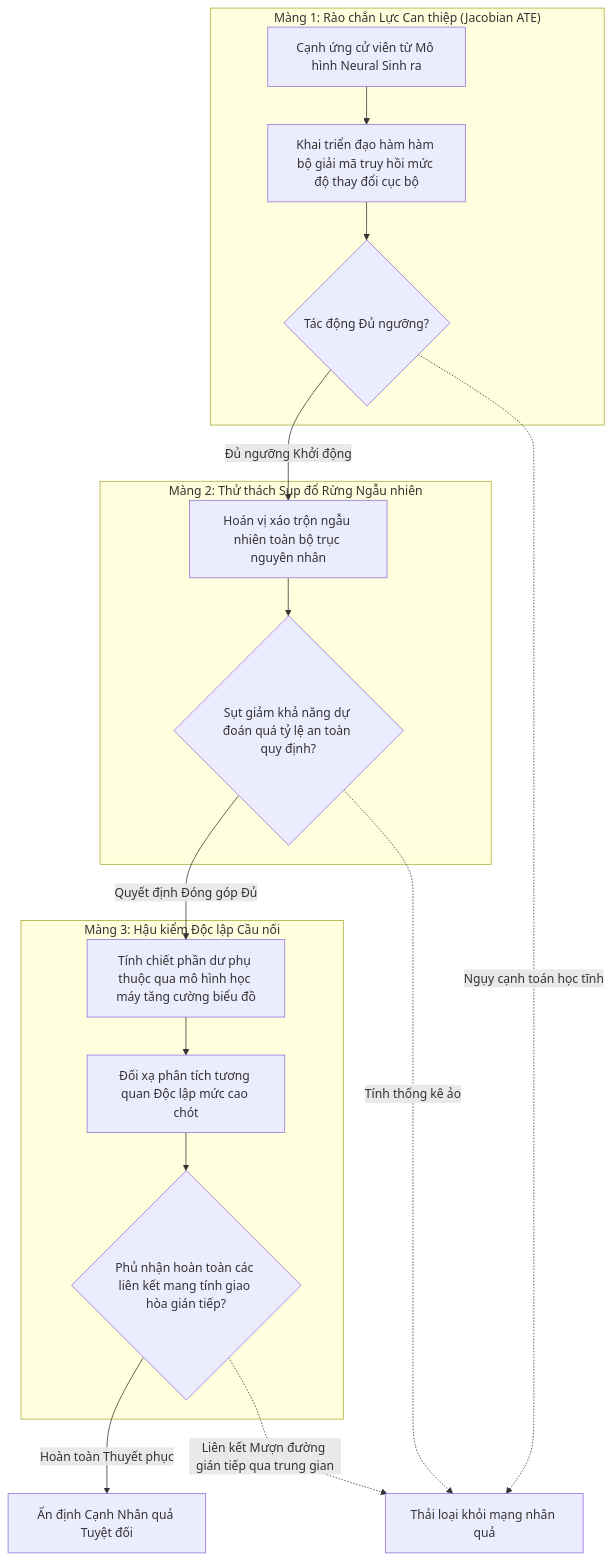
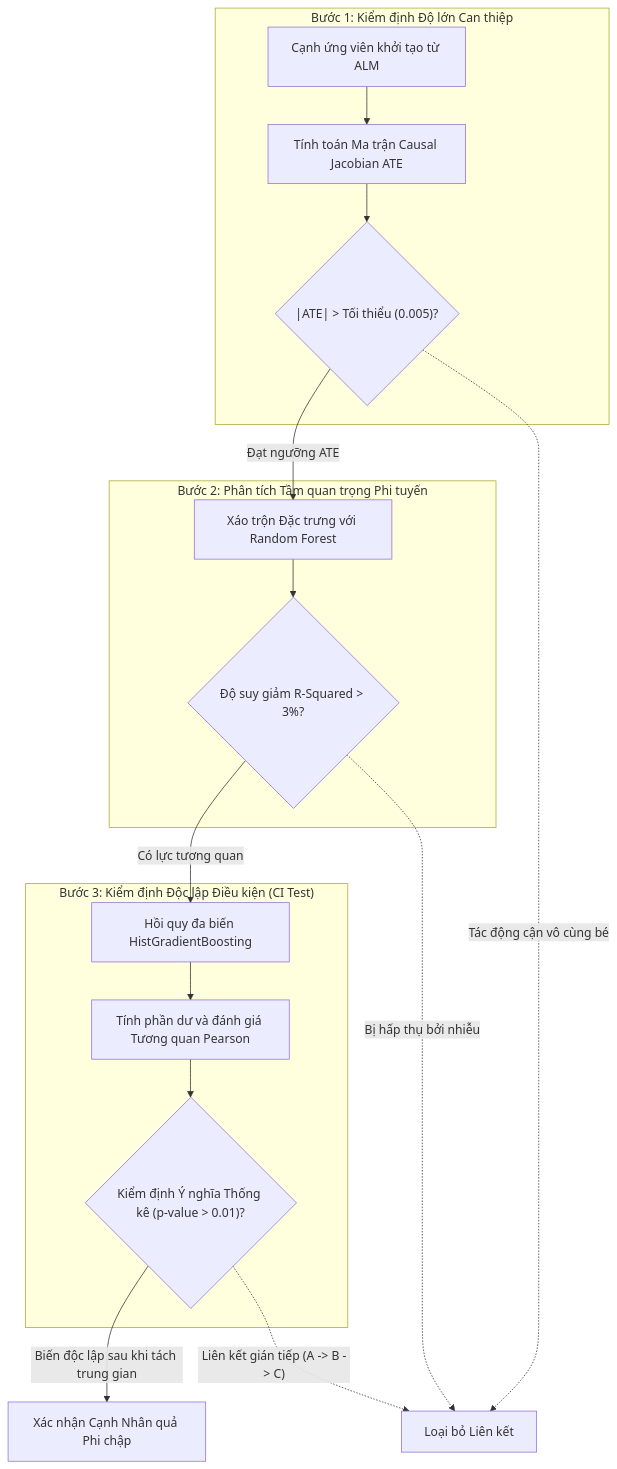
One commit to manhthai1706/DeepANM changed the sixth of 6 diagrams in docx/Chuong2_MoHinhDeepANM.md. Above: the diagram before and after it, drawn with Mermaid. The commit also changed other lines of this file, not shown here.

Commit message:
Docs: Refine wording in Figures 2.4 and 2.6 for strict, professional academic tone

````diff
--- a/docx/Chuong2_MoHinhDeepANM.md
+++ b/docx/Chuong2_MoHinhDeepANM.md
@@ -187,26 +188,26 @@
 ```mermaid
 graph TD
-    Raw["Cạnh ứng cử viên từ Mô hình Neural Sinh ra"]
+    Raw["Cạnh ứng viên khởi tạo từ ALM"]
     
-    subgraph Gate1 ["Màng 1: Rào chắn Lực Can thiệp (Jacobian ATE)"]
-        Raw --> Jacobian["Khai triển đạo hàm hàm bộ giải mã truy hồi mức độ thay đổi cục bộ"]
-        Jacobian --> Cond1{"Tác động Đủ ngưỡng?"}
+    subgraph Gate1 ["Bước 1: Kiểm định Độ lớn Can thiệp"]
+        Raw --> Jacobian["Tính toán Ma trận Causal Jacobian ATE"]
+        Jacobian --> Cond1{"|ATE| > Tối thiểu (0.005)?"}
     end
     
-    subgraph Gate2 ["Màng 2: Thử thách Sụp đổ Rừng Ngẫu nhiên"]
-        Cond1 --> |"Đủ ngưỡng Khởi động"| RF["Hoán vị xáo trộn ngẫu nhiên toàn bộ trục nguyên nhân"]
-        RF --> Cond2{"Sụt giảm khả năng dự đoán quá tỷ lệ an toàn quy định?"}
+    subgraph Gate2 ["Bước 2: Phân tích Tầm quan trọng Phi tuyến"]
+        Cond1 --> |"Đạt ngưỡng ATE"| RF["Xáo trộn Đặc trưng với Random Forest"]
+        RF --> Cond2{"Độ suy giảm R-Squared > 3%?"}
     end
     
-    subgraph Gate3 ["Màng 3: Hậu kiểm Độc lập Cầu nối"]
-        Cond2 --> |"Quyết định Đóng góp Đủ"| HistGBM["Tính chiết phần dư phụ thuộc qua mô hình học máy tăng cường biểu đồ"]
-        HistGBM --> Pearson["Đối xạ phân tích tương quan Độc lập mức cao chót"]
-        Pearson --> Cond3{"Phủ nhận hoàn toàn các liên kết mang tính giao hòa gián tiếp?"}
+    subgraph Gate3 ["Bước 3: Kiểm định Độc lập Điều kiện (CI Test)"]
+        Cond2 --> |"Có lực tương quan"| HistGBM["Hồi quy đa biến HistGradientBoosting"]
+        HistGBM --> Pearson["Tính phần dư và đánh giá Tương quan Pearson"]
+        Pearson --> Cond3{"Kiểm định Ý nghĩa Thống kê (p-value > 0.01)?"}
     end
     
-    Cond3 --> |"Hoàn toàn Thuyết phục"| Final["Ấn định Cạnh Nhân quả Tuyệt đối"]
+    Cond3 --> |"Biến độc lập sau khi tách trung gian"| Final["Xác nhận Cạnh Nhân quả Phi chập"]
     
-    Cond1 -.-> |"Ngụy cạnh toán học tĩnh"| Drop["Thải loại khỏi mạng nhân quả"]
-    Cond2 -.-> |"Tính thống kê ảo"| Drop
-    Cond3 -.-> |"Liên kết Mượn đường gián tiếp qua trung gian"| Drop
+    Cond1 -.-> |"Tác động cận vô cùng bé"| Drop["Loại bỏ Liên kết"]
+    Cond2 -.-> |"Bị hấp thụ bởi nhiễu"| Drop
+    Cond3 -.-> |"Liên kết gián tiếp (A -> B -> C)"| Drop
 ```
````
